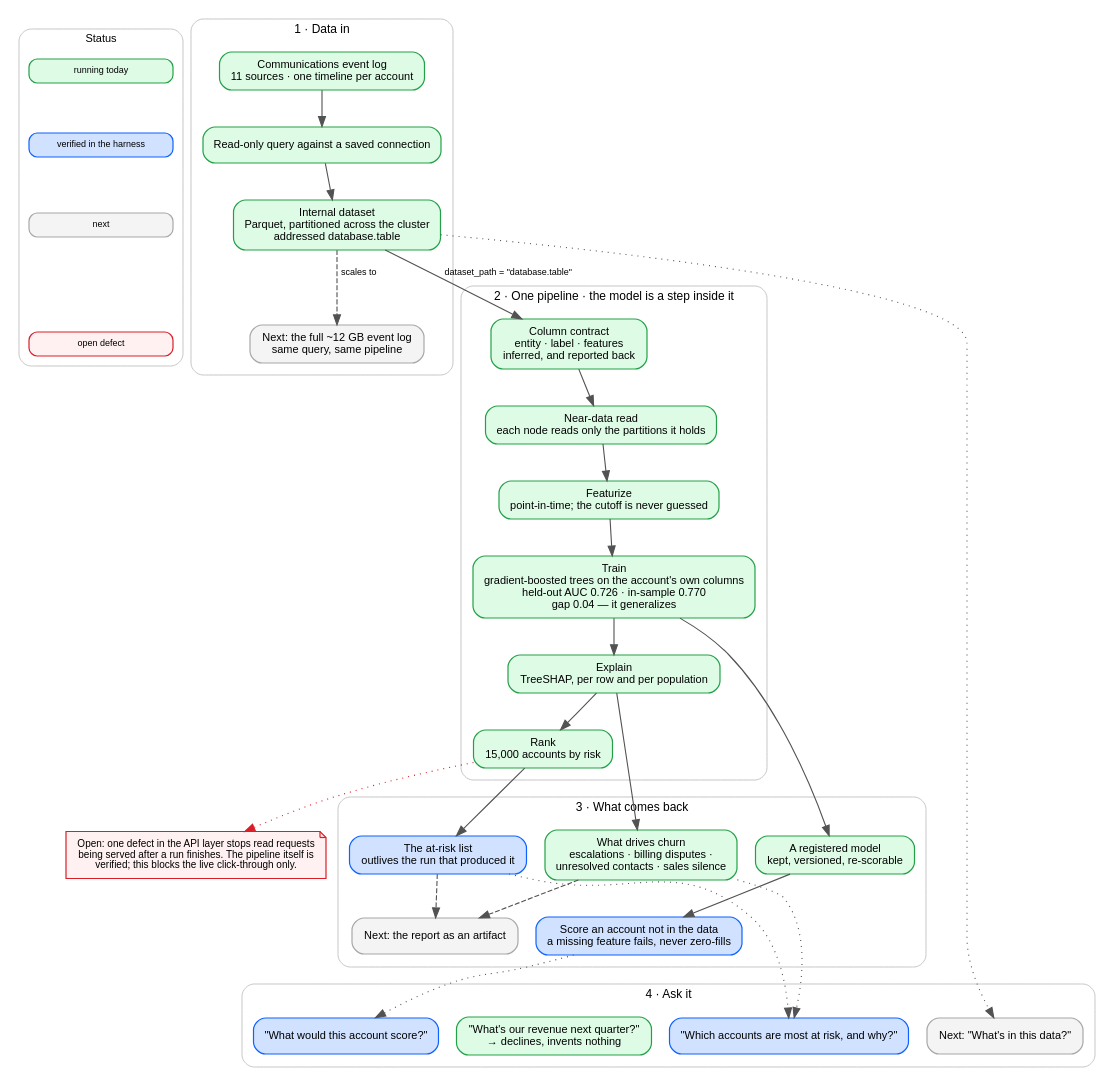
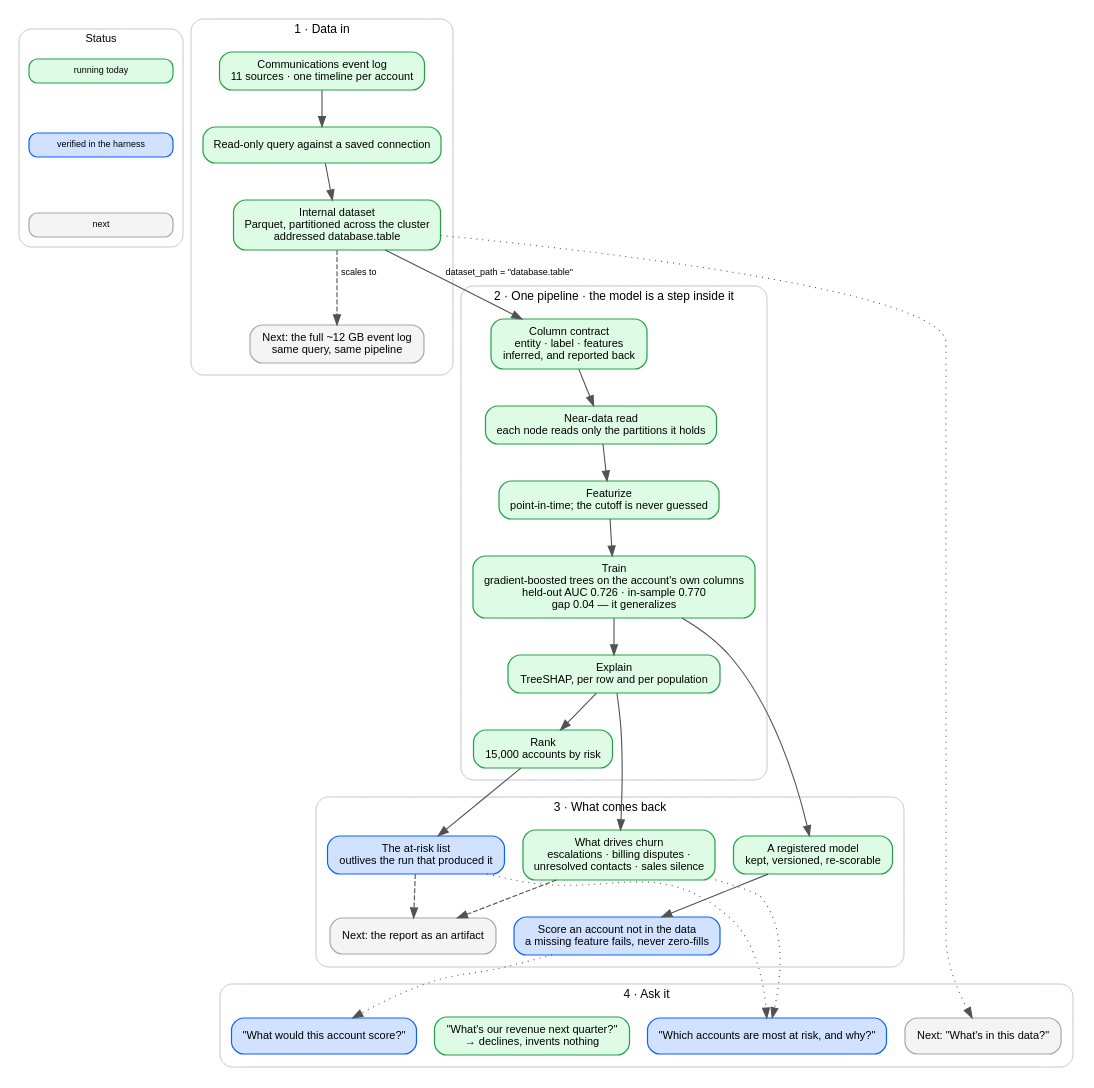
The diagram in docs/reports/results/diagrams/motive-churn-flow.dot (oramasearch/zetta), drawn with Graphviz before and after one commit. The commit also changed 2 other files, not shown here.

Commit message:
docs(results): drop the open-defect line, track it in #954
A client report states what was built and what is next. An engineering
defect in our own API layer is neither — it belongs in the tracker, where
someone can act on it.

Filed as #954, split out of #952: that issue turned out to be the reconcile
storm, which is understood and avoided with partition_only, while this is
the symptom left after removing it. The engine path is verified in-process;
it is a serving defect, not a pipeline one.

```diff
--- a/docs/reports/results/diagrams/motive-churn-flow.dot
+++ b/docs/reports/results/diagrams/motive-churn-flow.dot
@@ -1,94 +1,90 @@
 // Motive churn — what the pipeline does today.
 //
 // Generated source for motive-churn-flow.svg. Render with:
 //   dot -Tsvg motive-churn-flow.dot -o motive-churn-flow.svg
 //
 // Colour is status, not decoration:
 //   green = running today   blue = built, verified in the test harness
-//   grey  = next            red  = open defect
+//   grey  = next
 digraph motive_churn {
   rankdir=TB;
   bgcolor="white";
   fontname="IBM Plex Sans,Helvetica,Arial,sans-serif";
   node [fontname="IBM Plex Sans,Helvetica,Arial,sans-serif", fontsize=11,
         shape=box, style="rounded,filled", penwidth=1.2, margin="0.18,0.10"];
   edge [fontname="IBM Plex Sans,Helvetica,Arial,sans-serif", fontsize=9,
         color="#525252", penwidth=1.1];
 
   subgraph cluster_legend {
     label="Status"; fontsize=11; color="#c6c6c6"; style="rounded"; margin=10;
     node [shape=box, width=2.0, height=0.26, fontsize=9];
     L1 [label="running today", fillcolor="#defbe6", color="#24a148"];
     L2 [label="verified in the harness", fillcolor="#d0e2ff", color="#0f62fe"];
     L3 [label="next", fillcolor="#f4f4f4", color="#a8a8a8"];
-    L4 [label="open defect", fillcolor="#fff1f1", color="#da1e28"];
-    L1 -> L2 -> L3 -> L4 [style=invis];
+    L1 -> L2 -> L3 [style=invis];
   }
 
   subgraph cluster_in {
     label="1 · Data in"; fontsize=12; color="#c6c6c6"; style="rounded"; margin=12;
     src [label="Communications event log\n11 sources · one timeline per account",
          fillcolor="#defbe6", color="#24a148"];
     q [label="Read-only query against a saved connection",
        fillcolor="#defbe6", color="#24a148"];
     ds [label="Internal dataset\nParquet, partitioned across the cluster\naddressed database.table",
         fillcolor="#defbe6", color="#24a148"];
     scale [label="Next: the full ~12 GB event log\nsame query, same pipeline",
            fillcolor="#f4f4f4", color="#a8a8a8"];
     src -> q -> ds;
     ds -> scale [style=dashed, label="  scales to"];
   }
 
   subgraph cluster_pipe {
     label="2 · One pipeline · the model is a step inside it"; fontsize=12;
     color="#c6c6c6"; style="rounded"; margin=12;
     contract [label="Column contract\nentity · label · features\ninferred, and reported back",
               fillcolor="#defbe6", color="#24a148"];
     shard [label="Near-data read\neach node reads only the partitions it holds",
            fillcolor="#defbe6", color="#24a148"];
     feat [label="Featurize\npoint-in-time; the cutoff is never guessed",
           fillcolor="#defbe6", color="#24a148"];
     train [label="Train\ngradient-boosted trees on the account's own columns\nheld-out AUC 0.726 · in-sample 0.770\ngap 0.04 — it generalizes",
            fillcolor="#defbe6", color="#24a148"];
     shap [label="Explain\nTreeSHAP, per row and per population",
           fillcolor="#defbe6", color="#24a148"];
     rank [label="Rank\n15,000 accounts by risk",
           fillcolor="#defbe6", color="#24a148"];
     contract -> shard -> feat -> train -> shap -> rank;
   }
   ds -> contract [label="  dataset_path = \"database.table\""];
 
   subgraph cluster_out {
     label="3 · What comes back"; fontsize=12; color="#c6c6c6"; style="rounded"; margin=12;
     model [label="A registered model\nkept, versioned, re-scorable",
            fillcolor="#defbe6", color="#24a148"];
     drivers [label="What drives churn\nescalations · billing disputes ·\nunresolved contacts · sales silence",
              fillcolor="#defbe6", color="#24a148"];
     atrisk [label="The at-risk list\noutlives the run that produced it",
             fillcolor="#d0e2ff", color="#0f62fe"];
     infer [label="Score an account not in the data\na missing feature fails, never zero-fills",
            fillcolor="#d0e2ff", color="#0f62fe"];
     report [label="Next: the report as an artifact",
             fillcolor="#f4f4f4", color="#a8a8a8"];
     train -> model; shap -> drivers; rank -> atrisk; model -> infer;
     drivers -> report [style=dashed]; atrisk -> report [style=dashed];
   }
 
   subgraph cluster_ask {
     label="4 · Ask it"; fontsize=12; color="#c6c6c6"; style="rounded"; margin=12;
     q3 [label="\"Which accounts are most at risk, and why?\"",
         fillcolor="#d0e2ff", color="#0f62fe"];
     q2 [label="\"What would this account score?\"",
         fillcolor="#d0e2ff", color="#0f62fe"];
     q4 [label="\"What's our revenue next quarter?\"\n→ declines, invents nothing",
         fillcolor="#defbe6", color="#24a148"];
     q1 [label="Next: \"What's in this data?\"",
         fillcolor="#f4f4f4", color="#a8a8a8"];
   }
   atrisk -> q3 [style=dotted]; drivers -> q3 [style=dotted];
   infer -> q2 [style=dotted]; ds -> q1 [style=dotted];
 
-  blocker [label="Open: one defect in the API layer stops read requests\nbeing served after a run finishes. The pipeline itself is\nverified; this blocks the live click-through only.",
-           shape=note, fillcolor="#fff1f1", color="#da1e28", fontsize=10];
-  rank -> blocker [style=dotted, color="#da1e28"];
 }
```
